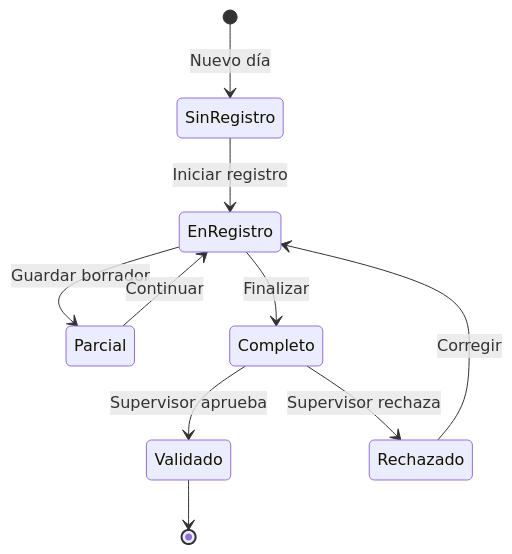
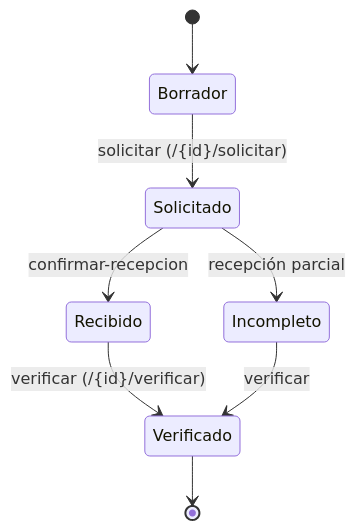
Before and after one commit to luicahleo/DocumentacionProyectos: the sixth of 6 diagrams in ICARUS/diagramas/estado.md, drawn with Mermaid. The commit also changed other lines of this file and 52 other files, not shown here.

````diff
--- a/ICARUS/diagramas/estado.md
+++ b/ICARUS/diagramas/estado.md
@@ -73,13 +79,10 @@
 ```mermaid
 stateDiagram-v2
-    [*] --> SinRegistro: Nuevo día
-    SinRegistro --> EnRegistro: Iniciar registro
-    EnRegistro --> Parcial: Guardar borrador
-    Parcial --> EnRegistro: Continuar
-    EnRegistro --> Completo: Finalizar
-    Completo --> Validado: Supervisor aprueba
-    Validado --> [*]
-    
-    Completo --> Rechazado: Supervisor rechaza
-    Rechazado --> EnRegistro: Corregir
+    [*] --> Borrador
+    Borrador --> Solicitado: solicitar (/{id}/solicitar)
+    Solicitado --> Recibido: confirmar-recepcion
+    Solicitado --> Incompleto: recepción parcial
+    Recibido --> Verificado: verificar (/{id}/verificar)
+    Incompleto --> Verificado: verificar
+    Verificado --> [*]
 ```
````
